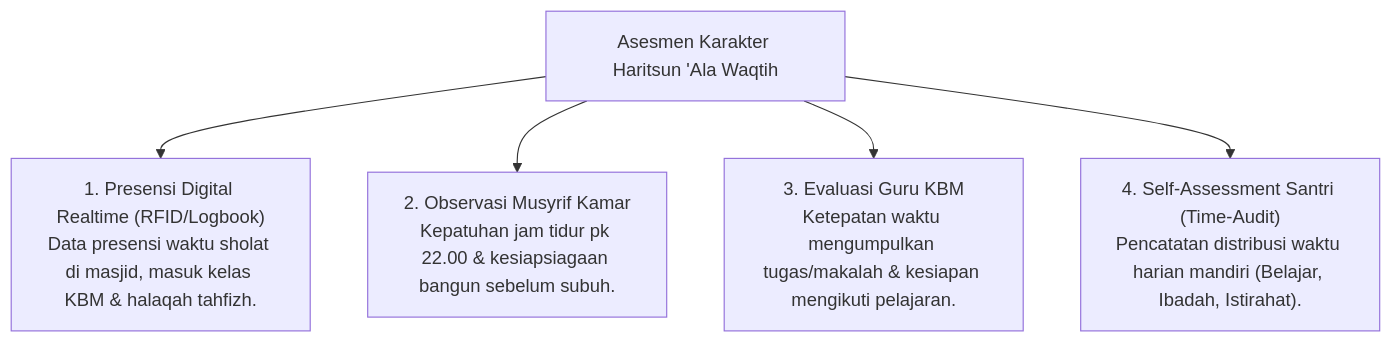
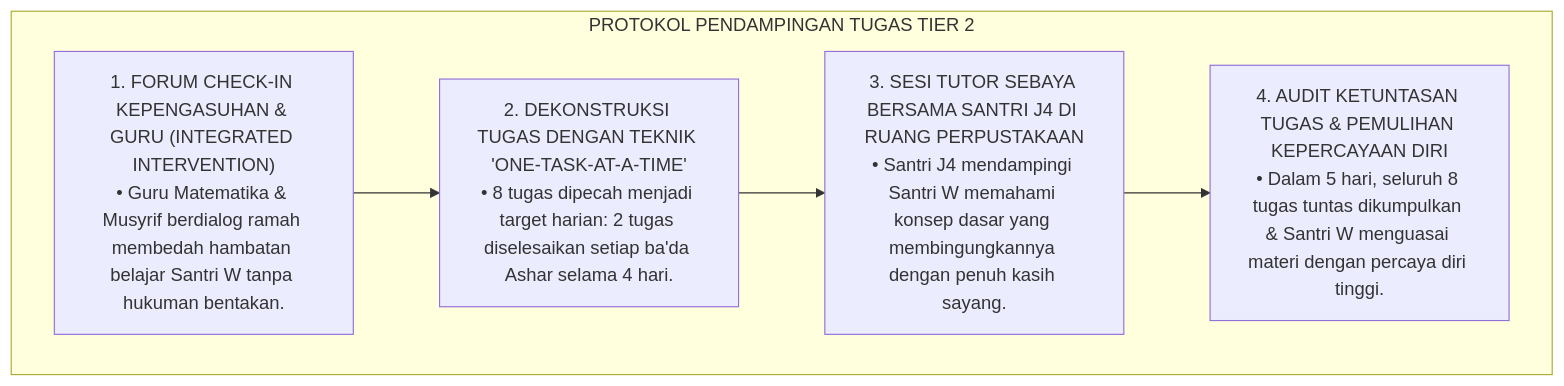
The fifth of 6 diagrams in 03 Capacity Framework/10 Haritsun Ala Waqtih/P3-10-09-Pemetaan-Asesmen-dan-Triangulasi.md (wandiapriliyandi/tumbuh), drawn with Mermaid before and after one commit. The commit also changed other lines of this file and 14 other files, not shown here.

Commit message:
docs(03-capacity): complete all 15 research monographs for 10 Haritsun Ala Waqtih

````diff
--- a/03 Capacity Framework/10 Haritsun Ala Waqtih/P3-10-09-Pemetaan-Asesmen-dan-Triangulasi.md
+++ b/03 Capacity Framework/10 Haritsun Ala Waqtih/P3-10-09-Pemetaan-Asesmen-dan-Triangulasi.md
@@ -10,9 +140,14 @@
 ```mermaid
-graph TD
-    Waktu_Assess["Asesmen Karakter Haritsun 'Ala Waqtih"]
-    
-    Waktu_Assess --> A1["1. Presensi Digital Realtime (RFID/Logbook)<br/>Data presensi waktu sholat di masjid, masuk kelas KBM & halaqah tahfizh."]
-    Waktu_Assess --> A2["2. Observasi Musyrif Kamar<br/>Kepatuhan jam tidur pk 22.00 & kesiapsiagaan bangun sebelum subuh."]
-    Waktu_Assess --> A3["3. Evaluasi Guru KBM<br/>Ketepatan waktu mengumpulkan tugas/makalah & kesiapan mengikuti pelajaran."]
-    Waktu_Assess --> A4["4. Self-Assessment Santri (Time-Audit)<br/>Pencatatan distribusi waktu harian mandiri (Belajar, Ibadah, Istirahat)."]
+flowchart TD
+    subgraph ProtokolResolusiProkrastinasi["PROTOKOL PENDAMPINGAN TUGAS TIER 2"]
+        StepA["1. FORUM CHECK-IN KEPENGASUHAN & GURU (INTEGRATED INTERVENTION)<br/>• Guru Matematika & Musyrif berdialog ramah membedah hambatan belajar Santri W tanpa hukuman bentakan."]
+        
+        StepB["2. DEKONSTRUKSI TUGAS DENGAN TEKNIK 'ONE-TASK-AT-A-TIME'<br/>• 8 tugas dipecah menjadi target harian: 2 tugas diselesaikan setiap ba'da Ashar selama 4 hari."]
+        
+        StepC["3. SESI TUTOR SEBAYA BERSAMA SANTRI J4 DI RUANG PERPUSTAKAAN<br/>• Santri J4 mendampingi Santri W memahami konsep dasar yang membingungkannya dengan penuh kasih sayang."]
+        
+        StepD["4. AUDIT KETUNTASAN TUGAS & PEMULIHAN KEPERCAYAAN DIRI<br/>• Dalam 5 hari, seluruh 8 tugas tuntas dikumpulkan & Santri W menguasai materi dengan percaya diri tinggi."]
+        
+        StepA --> StepB --> StepC --> StepD
+    end
 ```
````
